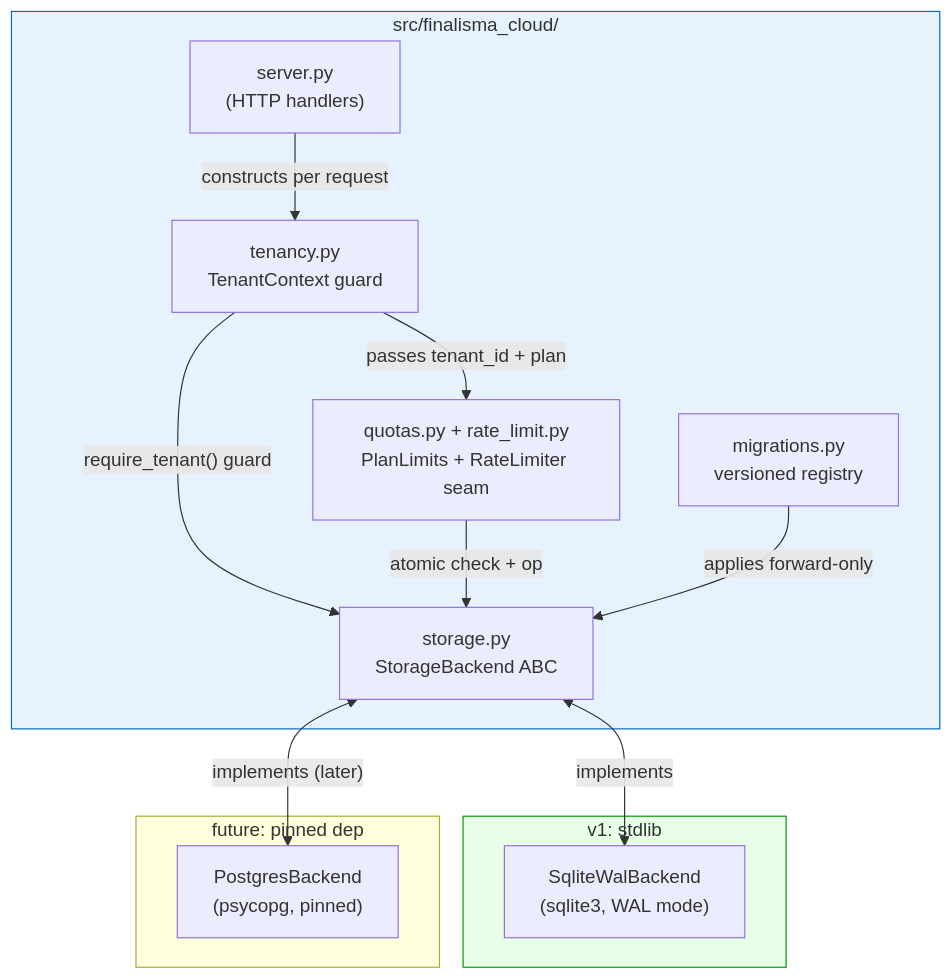
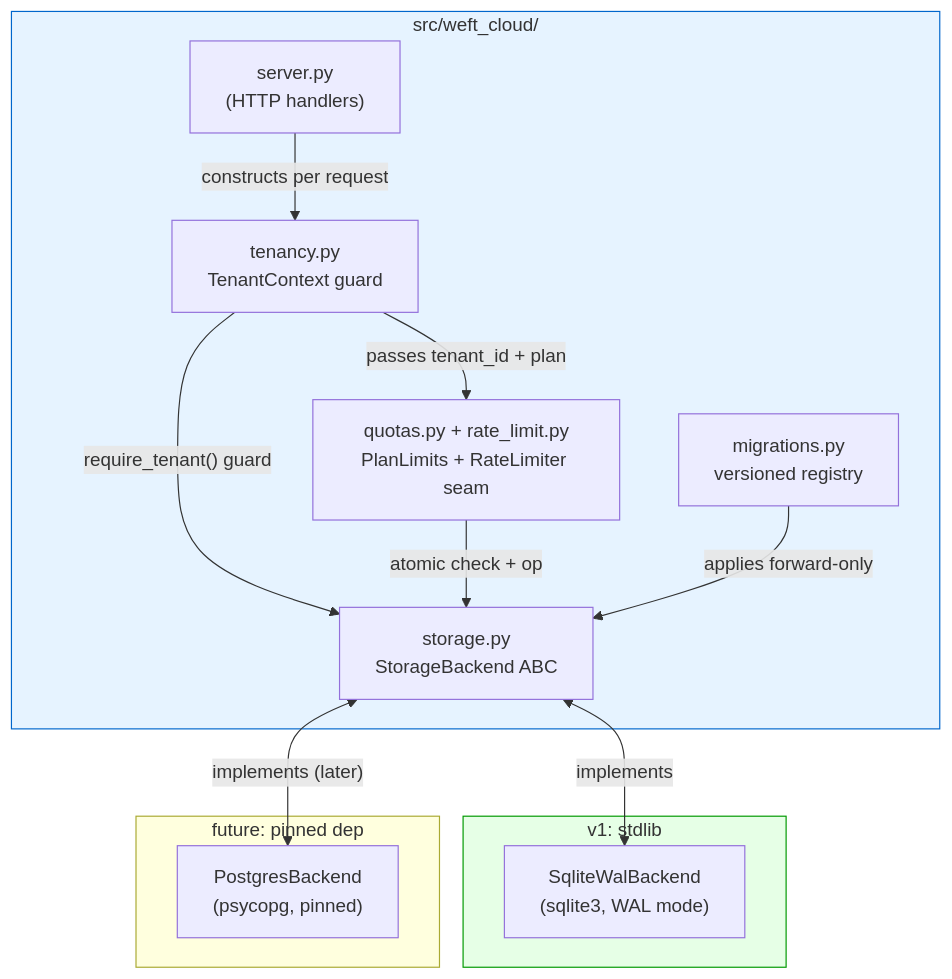
The first of 2 diagrams in docs/CLOUD_SPINE_DESIGN.md (HyperionBurn/finalisma), drawn with Mermaid before and after one commit. The commit also changed other lines of this file and 130 other files, not shown here.

First line of the commit message:
rebrand(step4-6): user-visible copy Finalisma -> Weft across site, docs, web; rename demo assets; video wordmark

````diff
--- a/docs/CLOUD_SPINE_DESIGN.md
+++ b/docs/CLOUD_SPINE_DESIGN.md
@@ -614,29 +614,29 @@
 ```mermaid
 graph TD
-    subgraph CloudPlane["src/finalisma_cloud/"]
+    subgraph CloudPlane["src/weft_cloud/"]
         Server["server.py<br/>(HTTP handlers)"]
         Guard["tenancy.py<br/>TenantContext guard"]
         Quota["quotas.py + rate_limit.py<br/>PlanLimits + RateLimiter seam"]
         Storage["storage.py<br/>StorageBackend ABC"]
         Migrations["migrations.py<br/>versioned registry"]
     end
 
     subgraph Backend["v1: stdlib"]
         SQLite["SqliteWalBackend<br/>(sqlite3, WAL mode)"]
     end
 
     subgraph Future["future: pinned dep"]
         Postgres["PostgresBackend<br/>(psycopg, pinned)"]
     end
 
     Server -->|"constructs per request"| Guard
     Guard -->|"passes tenant_id + plan"| Quota
     Guard -->|"require_tenant() guard"| Storage
     Quota -->|"atomic check + op"| Storage
     Storage <-->|"implements"| SQLite
     Storage <-->|"implements (later)"| Postgres
     Migrations -->|"applies forward-only"| Storage
 
     style CloudPlane fill:#e6f3ff,stroke:#0066cc
     style Backend fill:#e6ffe6,stroke:#009900
 ```
````
